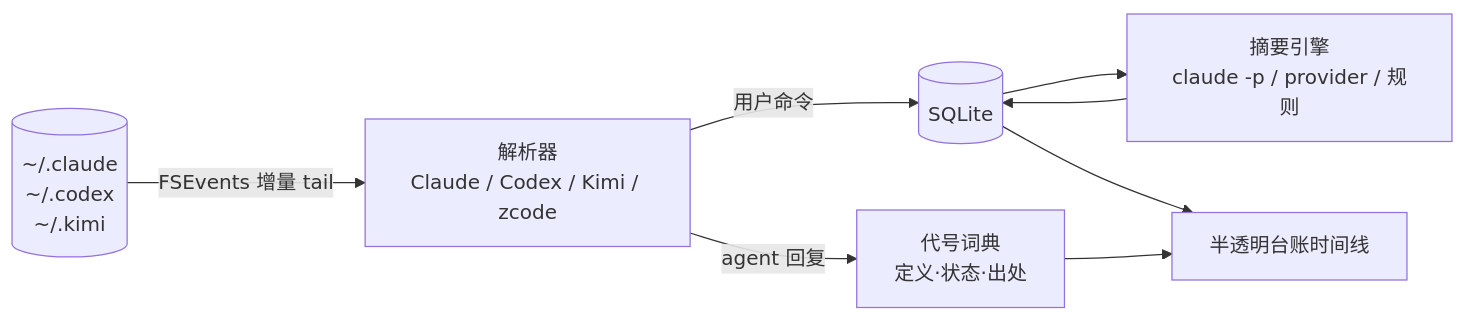
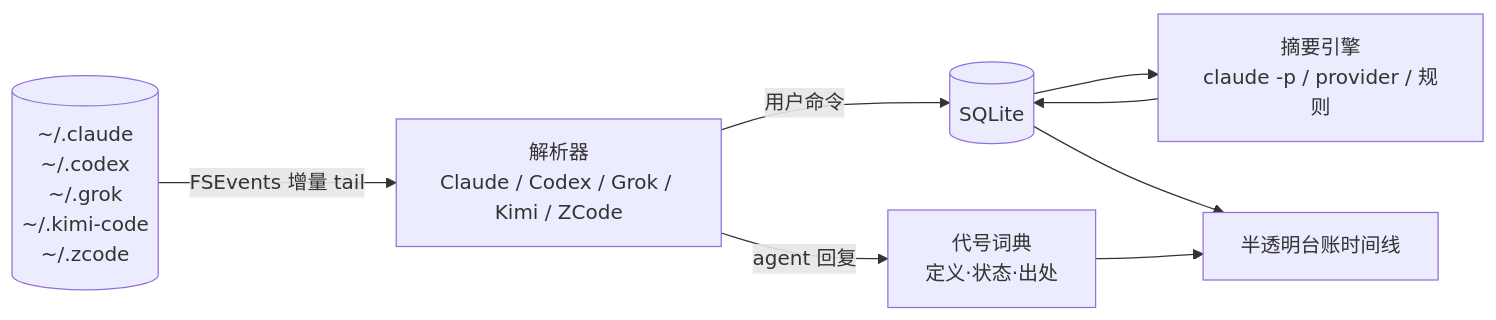
One commit to surebeli/agent-timeline changed the diagram in README.md. Above: the diagram before and after it, drawn with Mermaid. The commit also changed other lines of this file and 27 other files, not shown here.

````diff
--- a/README.md
+++ b/README.md
@@ -86,10 +86,10 @@
 ```mermaid
 flowchart LR
-    A[("~/.claude<br/>~/.codex<br/>~/.kimi")] -->|FSEvents 增量 tail| B[解析器<br/>Claude / Codex / Kimi / zcode]
+    A[("~/.claude<br/>~/.codex<br/>~/.grok<br/>~/.kimi-code<br/>~/.zcode")] -->|FSEvents 增量 tail| B[解析器<br/>Claude / Codex / Grok / Kimi / ZCode]
     B -->|用户命令| C[(SQLite)]
     B -->|agent 回复| D[代号词典<br/>定义·状态·出处]
     C --> E[摘要引擎<br/>claude -p / provider / 规则]
     E --> C
     C --> F[半透明台账时间线]
     D --> F
 ```
````
